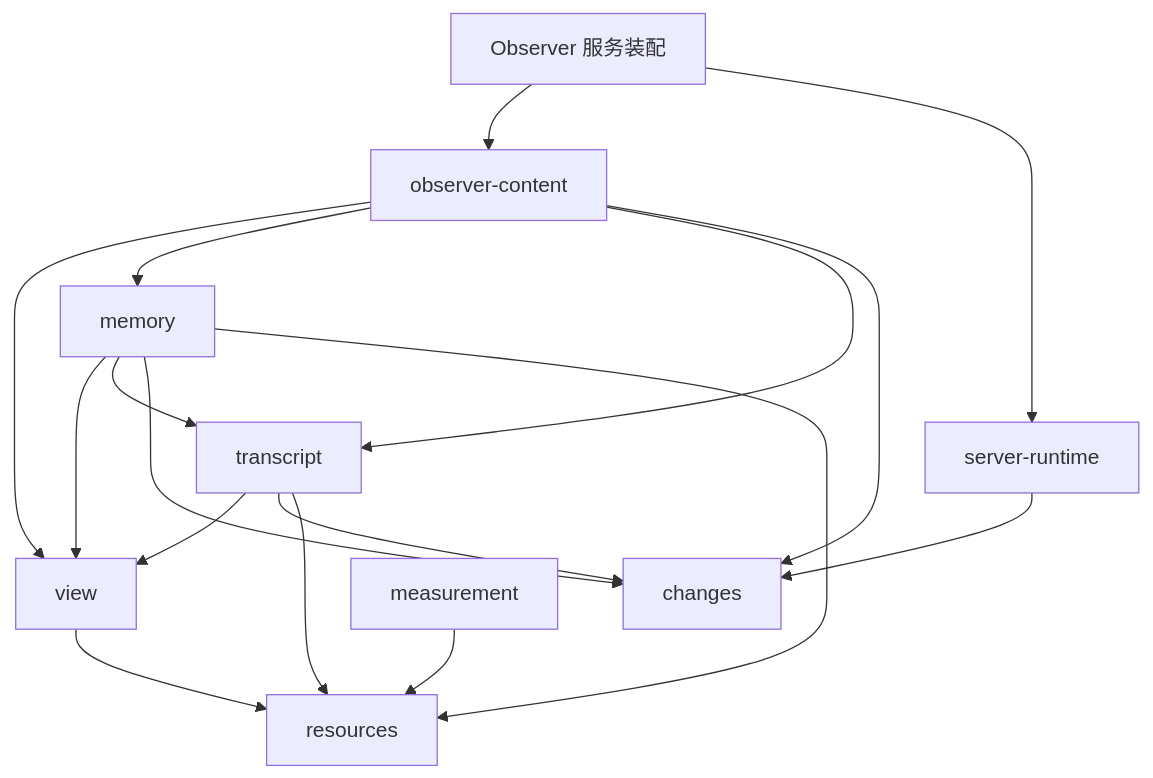
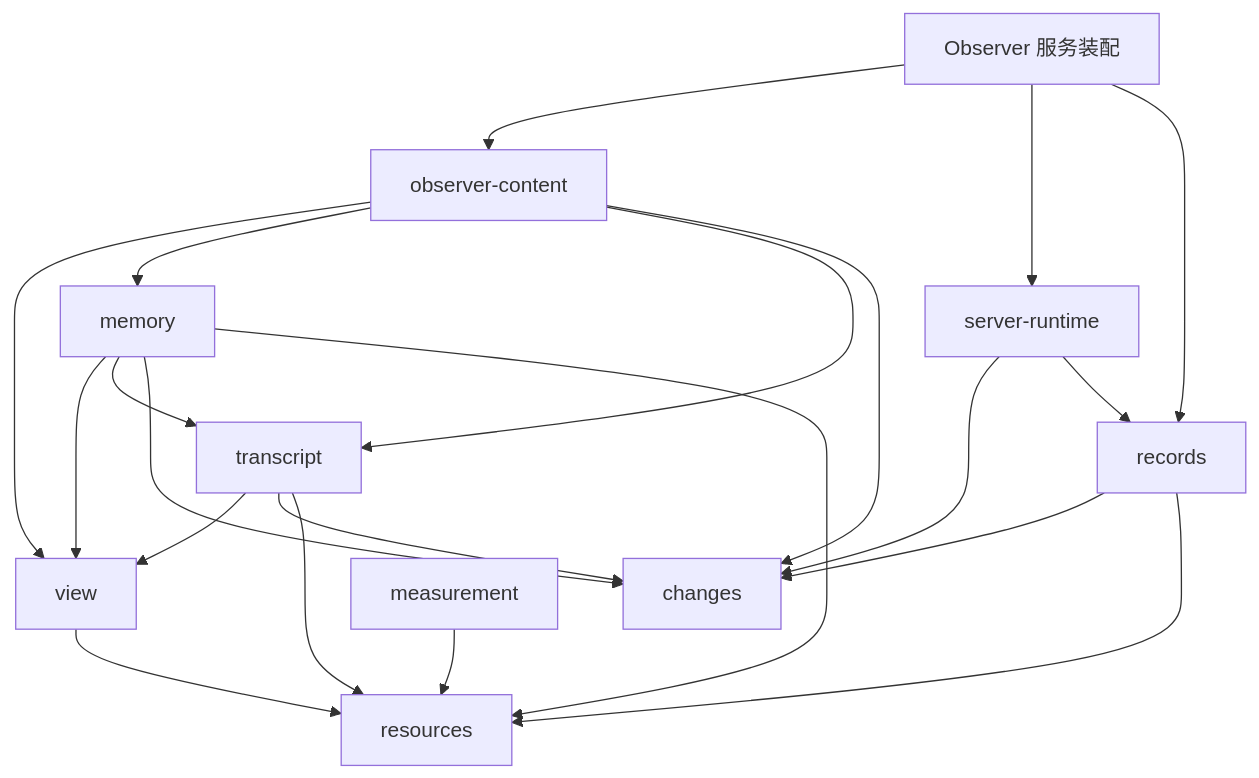
The first of 2 diagrams in docs/content-entities-packages.md (weiliang0121/capix), drawn with Mermaid before and after one commit. The commit also changed other lines of this file and 122 other files, not shown here.

````diff
--- a/docs/content-entities-packages.md
+++ b/docs/content-entities-packages.md
@@ -24,19 +25,23 @@
 ```mermaid
 flowchart TD
   Service[Observer 服务装配] --> Content[observer-content]
   Service --> Runtime[server-runtime]
+  Service --> Records[records]
   Content --> View[view]
   Content --> Memory[memory]
   Content --> Transcript[transcript]
   Content --> Changes[changes]
   Memory --> View
   Transcript --> View
   Memory --> Transcript
   Memory --> Changes
   Transcript --> Changes
   Runtime --> Changes
-  Memory --> Resources[resources]
+  Runtime --> Records
+  Records --> Changes
+  Records --> Resources[resources]
+  Memory --> Resources
   Transcript --> Resources
   View --> Resources
   Selection[measurement] --> Resources
 ```
````
